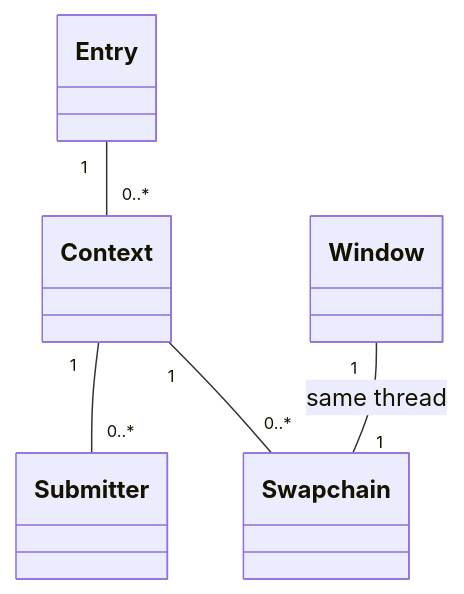
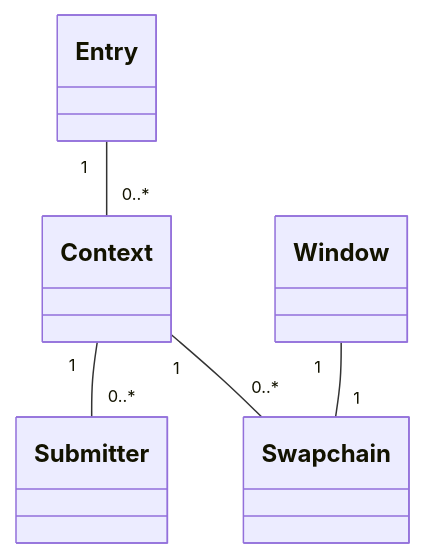
The diagram in README.md (Tengu712/ash-2dgame-template), drawn with Mermaid before and after one commit. The commit also changed other lines of this file and 12 other files, not shown here.

````diff
--- a/README.md
+++ b/README.md
@@ -28,13 +32,13 @@
 ```mermaid
 classDiagram
     class Entry
     class Context
     class Window
     class Swapchain
     class Submitter
 
     Entry "1" -- "0..*" Context
     Context "1" -- "0..*" Submitter
     Context "1" -- "0..*" Swapchain
-    Window "1" -- "1" Swapchain : same thread
+    Window "1" -- "1" Swapchain
 ```
````
